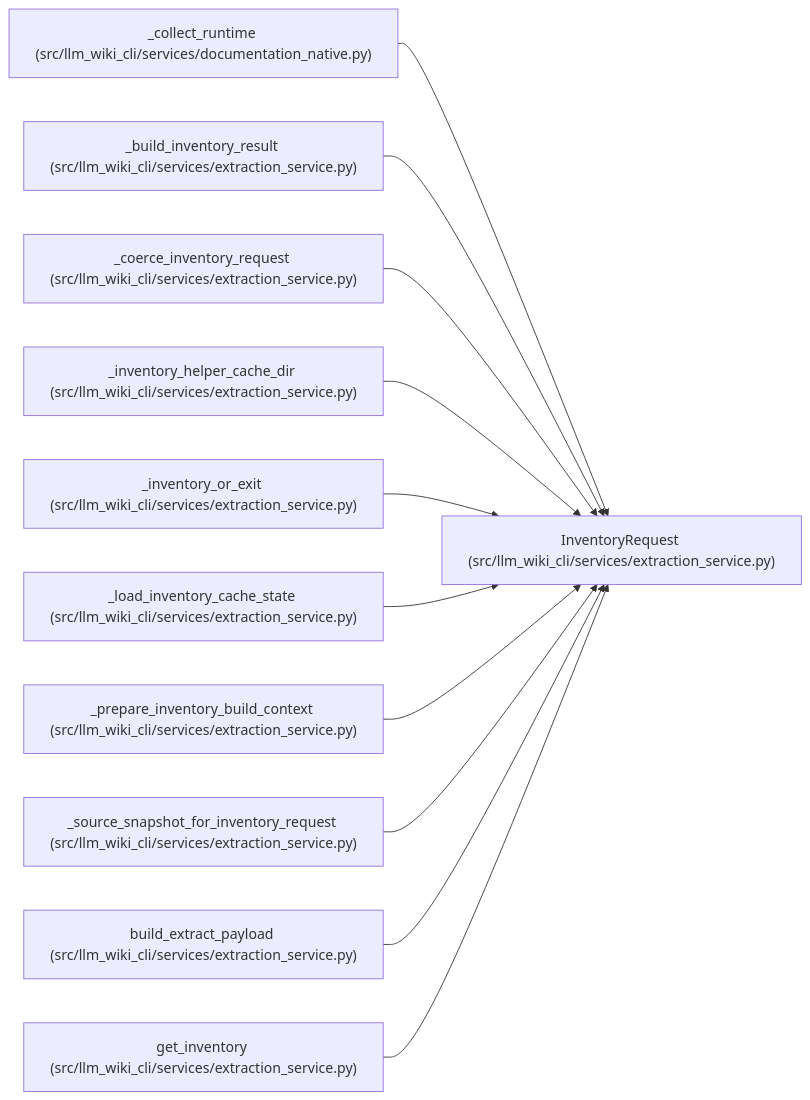
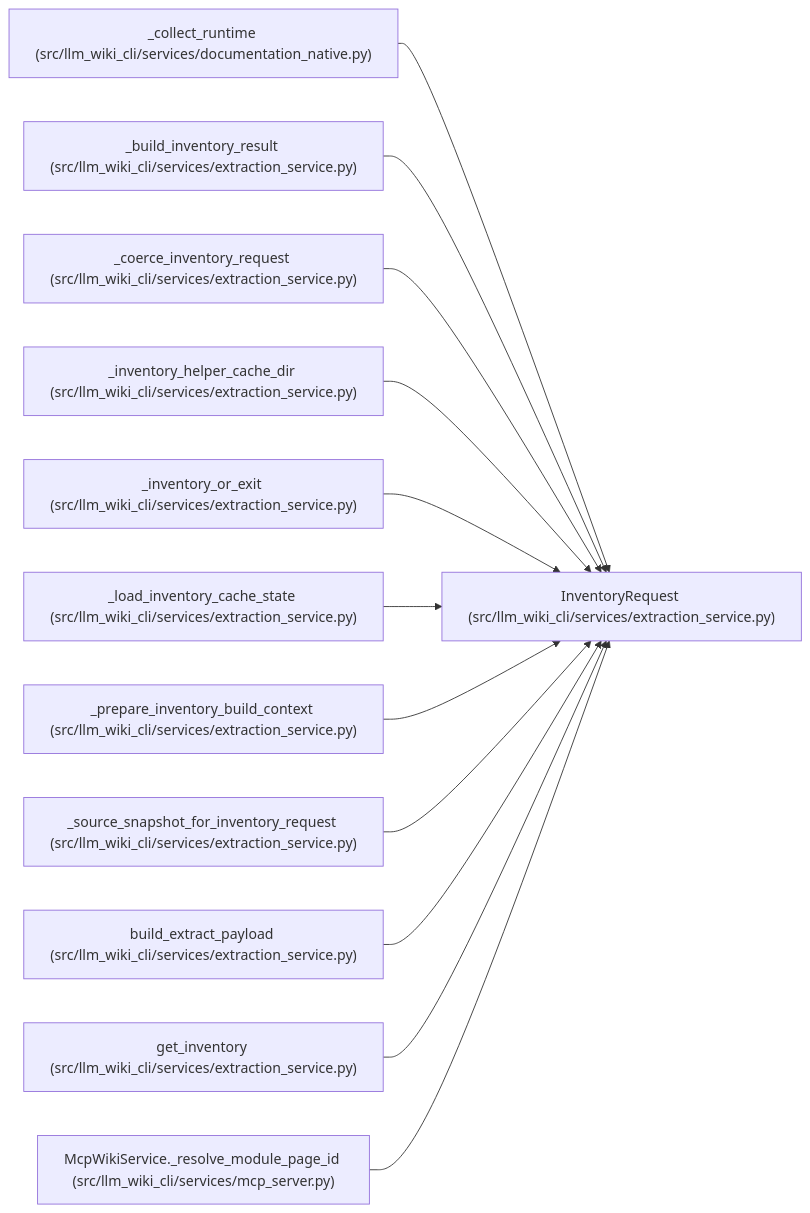
The diagram in docs/llm_wiki/entities/InventoryRequest.md (Denissvgn/python-wiki-llm), drawn with Mermaid before and after one commit. The commit also changed other lines of this file and 493 other files, not shown here.

````diff
--- a/docs/llm_wiki/entities/InventoryRequest.md
+++ b/docs/llm_wiki/entities/InventoryRequest.md
@@ -47,35 +47,38 @@
 ```mermaid
 flowchart LR
     n0["InventoryRequest (src/llm_wiki_cli/services/extraction_service.py)"]
     n1["_collect_runtime (src/llm_wiki_cli/services/documentation_native.py)"]
     n2["_build_inventory_result (src/llm_wiki_cli/services/extraction_service.py)"]
     n3["_coerce_inventory_request (src/llm_wiki_cli/services/extraction_service.py)"]
     n4["_inventory_helper_cache_dir (src/llm_wiki_cli/services/extraction_service.py)"]
     n5["_inventory_or_exit (src/llm_wiki_cli/services/extraction_service.py)"]
     n6["_load_inventory_cache_state (src/llm_wiki_cli/services/extraction_service.py)"]
     n7["_prepare_inventory_build_context (src/llm_wiki_cli/services/extraction_service.py)"]
     n8["_source_snapshot_for_inventory_request (src/llm_wiki_cli/services/extraction_service.py)"]
     n9["build_extract_payload (src/llm_wiki_cli/services/extraction_service.py)"]
     n10["get_inventory (src/llm_wiki_cli/services/extraction_service.py)"]
+    n11["McpWikiService._resolve_module_page_id (src/llm_wiki_cli/services/mcp_server.py)"]
     n1 --> n0
     n2 --> n0
     n3 --> n0
     n4 --> n0
     n5 --> n0
     n6 --> n0
     n7 --> n0
     n8 --> n0
     n9 --> n0
     n10 --> n0
+    n11 --> n0
     click n0 "../modules/extraction_service.md"
     click n1 "../modules/documentation_native.md"
     click n2 "../modules/extraction_service.md"
     click n3 "../modules/extraction_service.md"
     click n4 "../modules/extraction_service.md"
     click n5 "../modules/extraction_service.md"
     click n6 "../modules/extraction_service.md"
     click n7 "../modules/extraction_service.md"
     click n8 "../modules/extraction_service.md"
     click n9 "../modules/extraction_service.md"
     click n10 "../modules/extraction_service.md"
+    click n11 "../modules/mcp_server.md"
 ```
````
